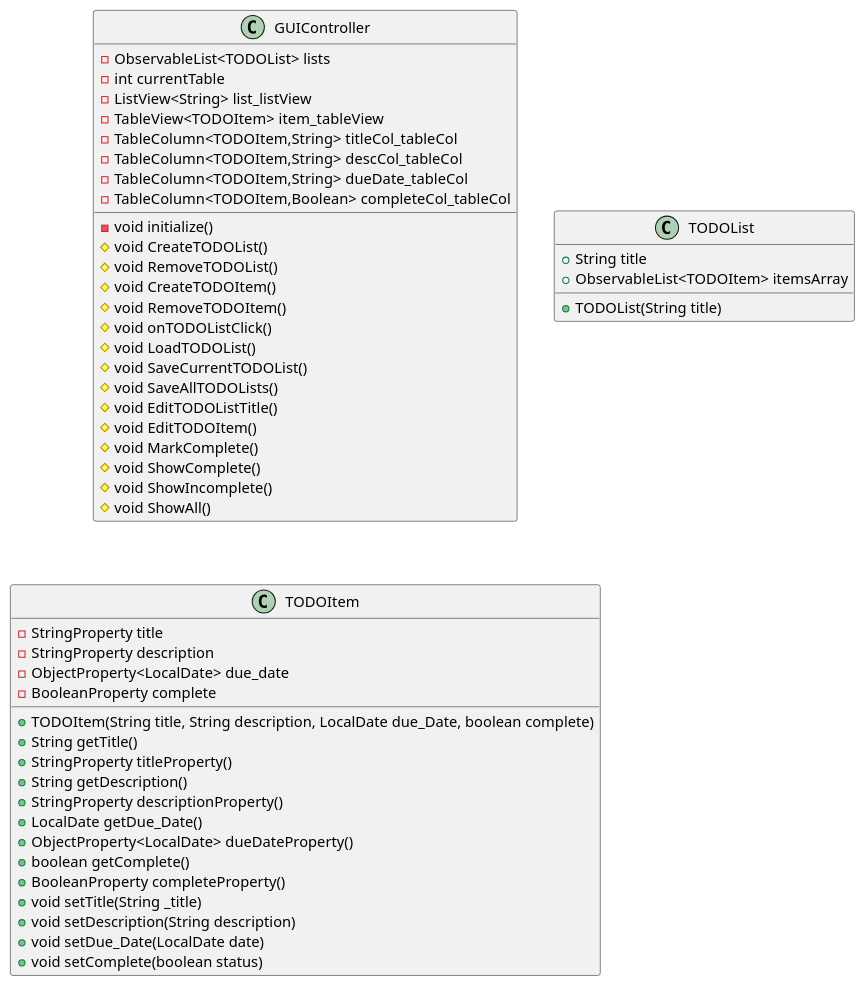
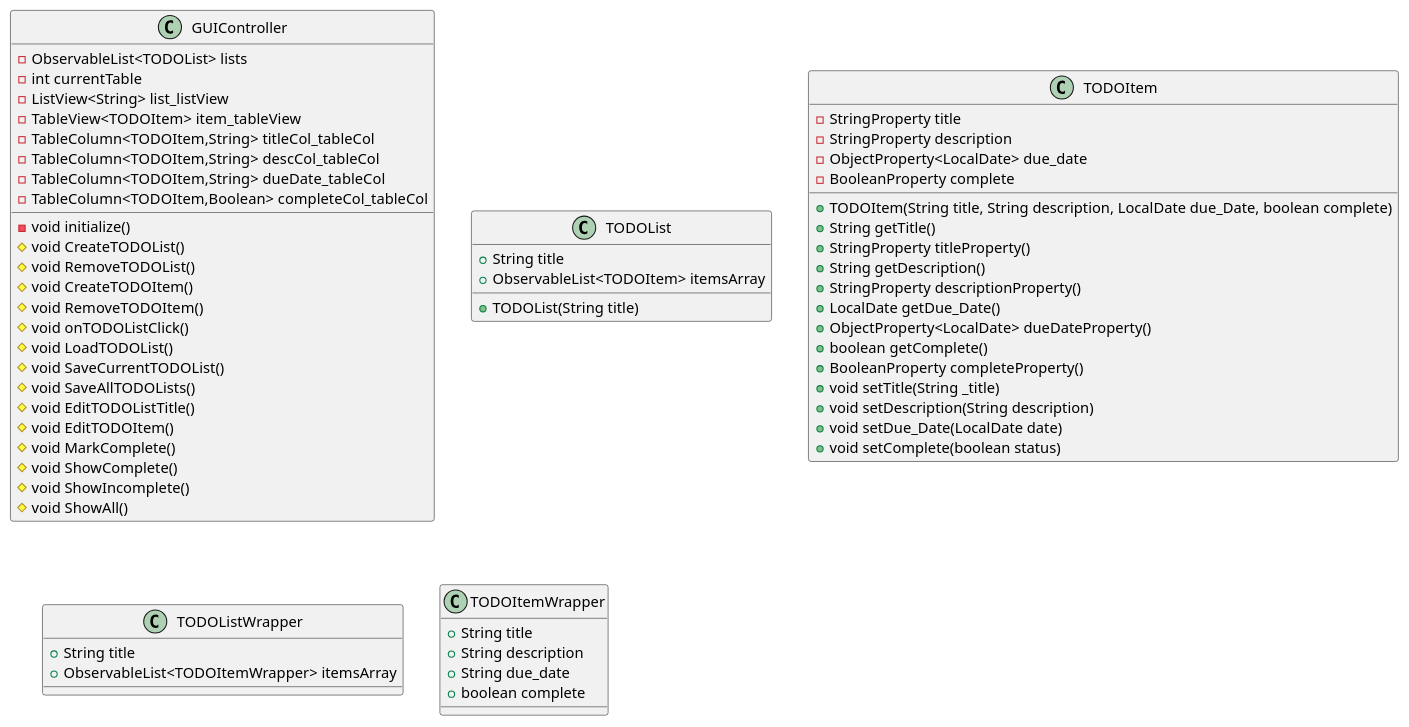
One commit to CameronUCF/McDougal-cop3330-assignment4part2 changed the diagram in uml/Application Assignment 1, Part 1.puml. Above: the diagram before and after it, drawn with PlantUML. The commit also changed 2 other files, not shown here.

Commit message:
PlantUML Update, Saving implemented

```diff
--- a/uml/Application Assignment 1, Part 1.puml
+++ b/uml/Application Assignment 1, Part 1.puml
@@ -1,59 +1,73 @@
 @startuml
 class GUIController
 {
   -ObservableList<TODOList> lists
   -int currentTable
   -ListView<String> list_listView
   -TableView<TODOItem> item_tableView
   -TableColumn<TODOItem,String> titleCol_tableCol
   -TableColumn<TODOItem,String> descCol_tableCol
   -TableColumn<TODOItem,String> dueDate_tableCol
   -TableColumn<TODOItem,Boolean> completeCol_tableCol
 
   -void initialize()
   #void CreateTODOList()
   #void RemoveTODOList()
   #void CreateTODOItem()
   #void RemoveTODOItem()
   #void onTODOListClick()
   #void LoadTODOList()
   #void SaveCurrentTODOList()
   #void SaveAllTODOLists()
   #void EditTODOListTitle()
   #void EditTODOItem()
   #void MarkComplete()
   #void ShowComplete()
   #void ShowIncomplete()
   #void ShowAll()
 }
 
 class TODOList
 {
     +String title
     +ObservableList<TODOItem> itemsArray
 
     +TODOList(String title)
 }
 
 class TODOItem
 {
     -StringProperty title
     -StringProperty description
     -ObjectProperty<LocalDate> due_date
     -BooleanProperty complete
 
     +TODOItem(String title, String description, LocalDate due_Date, boolean complete)
     +String getTitle()
     +StringProperty titleProperty()
     +String getDescription()
     +StringProperty descriptionProperty()
     +LocalDate getDue_Date()
     +ObjectProperty<LocalDate> dueDateProperty()
     +boolean getComplete()
     +BooleanProperty completeProperty()
     +void setTitle(String _title)
     +void setDescription(String description)
     +void setDue_Date(LocalDate date)
     +void setComplete(boolean status)
 }
+
+class TODOListWrapper
+{
+    +String title
+    +ObservableList<TODOItemWrapper> itemsArray
+}
+
+class TODOItemWrapper
+{
+    +String title
+    +String description
+    +String due_date
+    +boolean complete
+}
 @enduml
```
